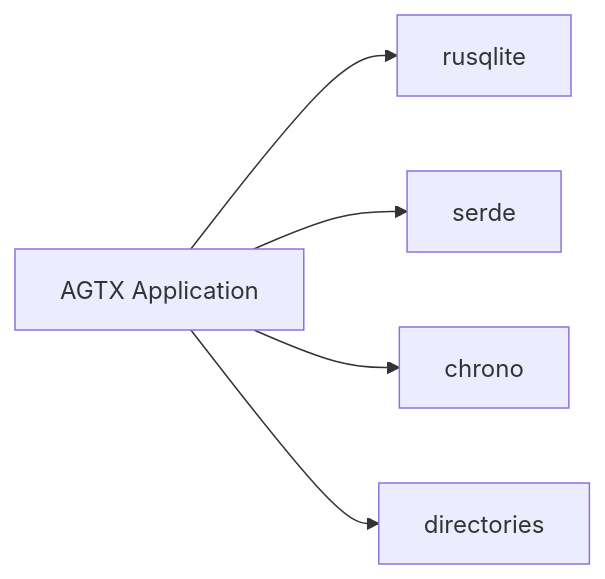
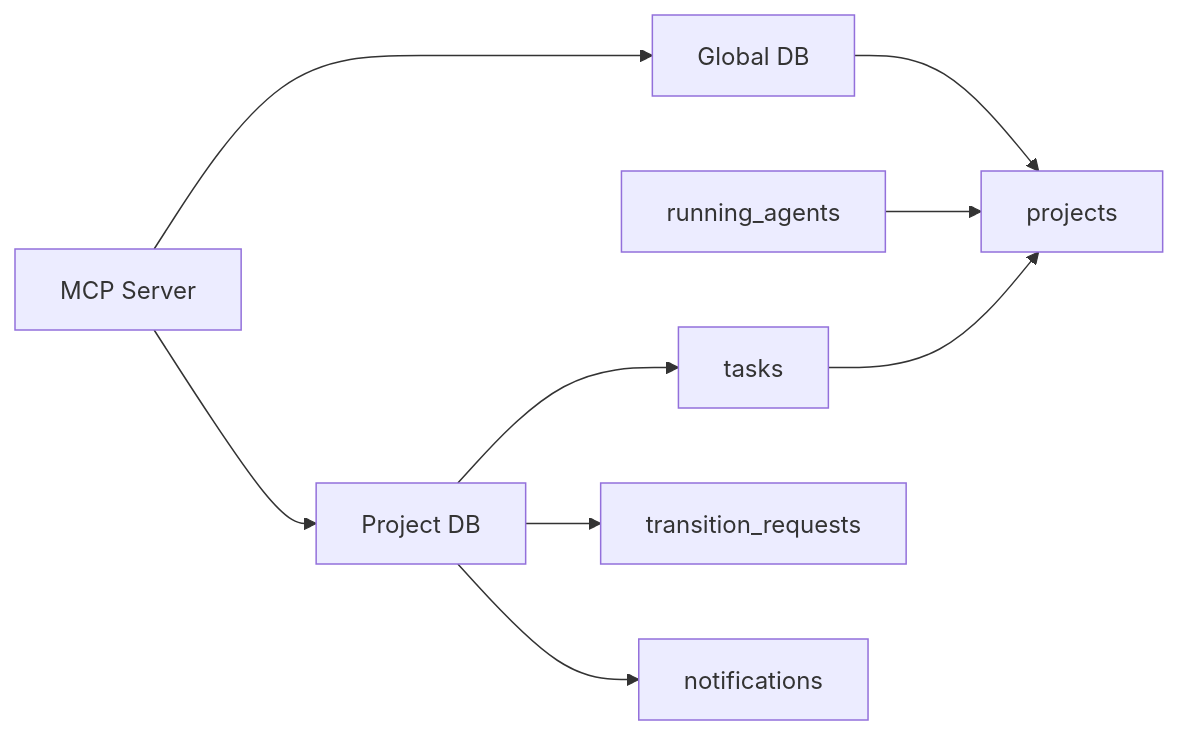
The eighth of 8 diagrams in .qoder/repowiki/en/content/Database Schema.md (bramburn/agtx), drawn with Mermaid before and after one commit. The commit also changed other lines of this file and 140 other files, not shown here.

````diff
--- a/.qoder/repowiki/en/content/Database Schema.md
+++ b/.qoder/repowiki/en/content/Database Schema.md
@@ -367,12 +294,11 @@
 ```mermaid
 graph LR
-AGTX["AGTX Application"]
-RQ["rusqlite"]
-SER["serde"]
-CH["chrono"]
-DIR["directories"]
-AGTX --> RQ
-AGTX --> SER
-AGTX --> CH
-AGTX --> DIR
+TASKS["tasks"] --> PROJECTS["projects"]
+RUNNING_AGENTS["running_agents"] --> PROJECTS["projects"]
+MCP["MCP Server"] --> GLOBAL_DB["Global DB"]
+MCP --> PROJECT_DB["Project DB"]
+GLOBAL_DB --> PROJECTS
+PROJECT_DB --> TASKS
+PROJECT_DB --> TRANSITION_REQUESTS["transition_requests"]
+PROJECT_DB --> NOTIFICATIONS["notifications"]
 ```
````
